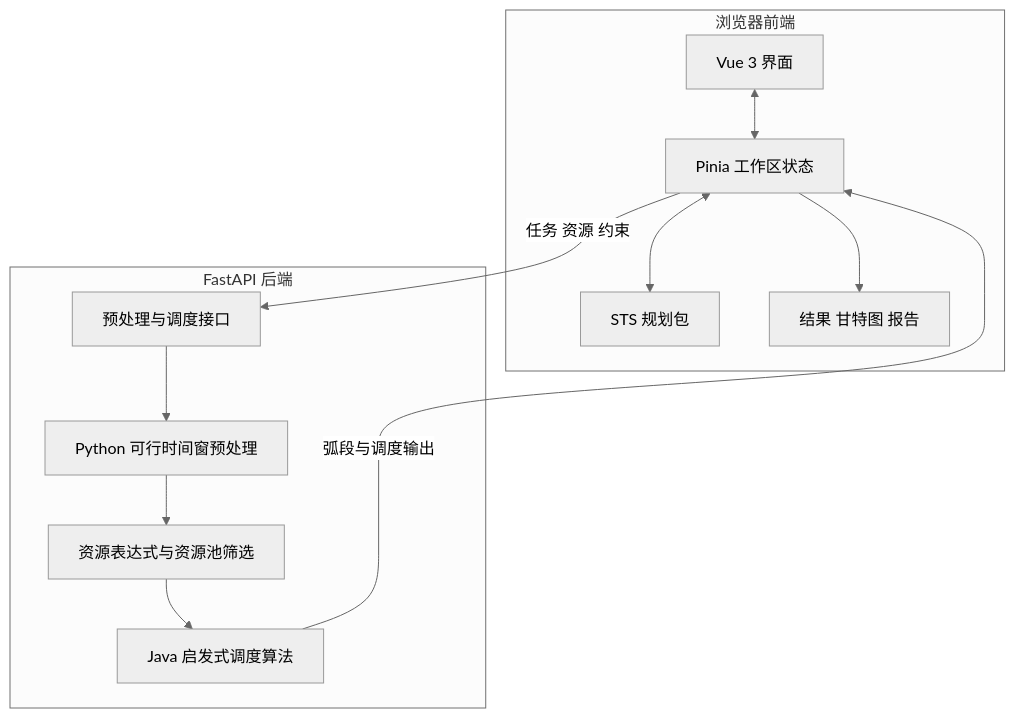
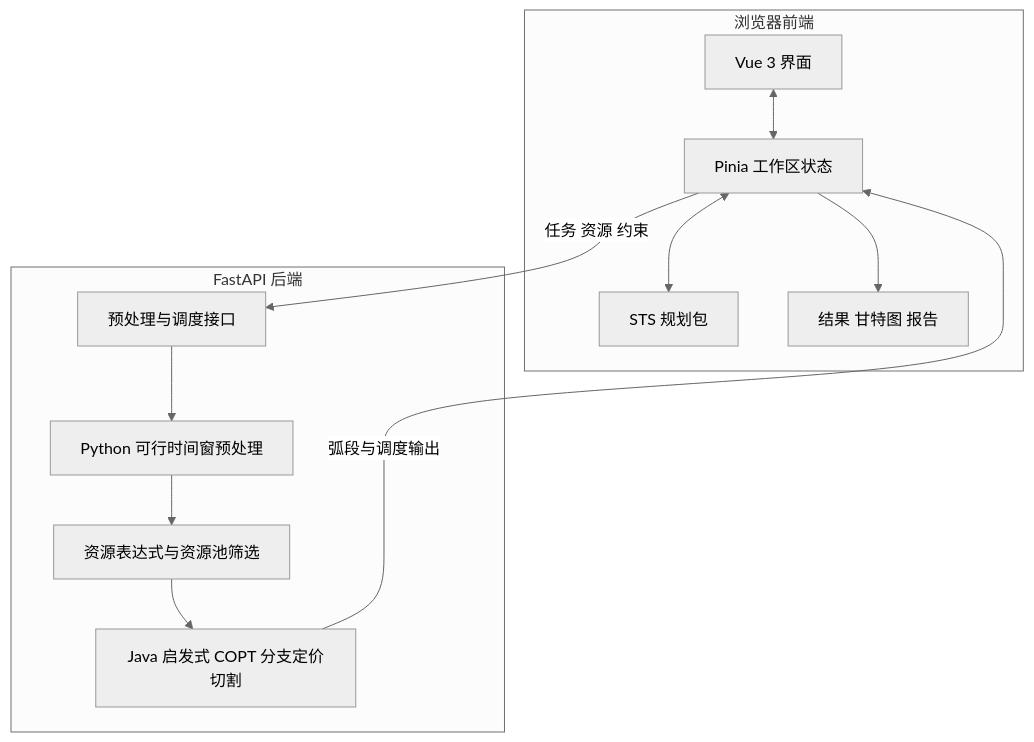
One commit to huster-zj/spacetaskscheduler changed the second of 2 diagrams in README.md. Above: the diagram before and after it, drawn with Mermaid (neutral theme). The commit also changed other lines of this file and 20 other files, not shown here.

````diff
--- a/README.md
+++ b/README.md
@@ -88,23 +88,23 @@
 ```mermaid
 flowchart TB
     subgraph Browser[浏览器前端]
         UI[Vue 3 界面]
         Store[Pinia 工作区状态]
         Package[STS 规划包]
         View[结果 甘特图 报告]
         UI <--> Store
         Store <--> Package
     end
 
     subgraph Backend[FastAPI 后端]
         API[预处理与调度接口]
         Preprocess[Python 可行时间窗预处理]
         Filter[资源表达式与资源池筛选]
-        Heuristic[Java 启发式调度算法]
-        API --> Preprocess --> Filter --> Heuristic
+        Solvers[Java 启发式 COPT 分支定价切割]
+        API --> Preprocess --> Filter --> Solvers
     end
 
     Store -->|任务 资源 约束| API
-    Heuristic -->|弧段与调度输出| Store
+    Solvers -->|弧段与调度输出| Store
     Store --> View
 ```
````
